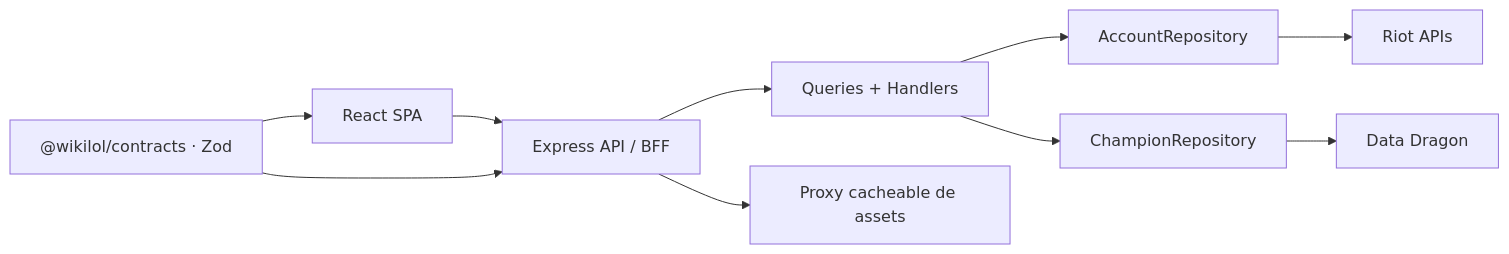
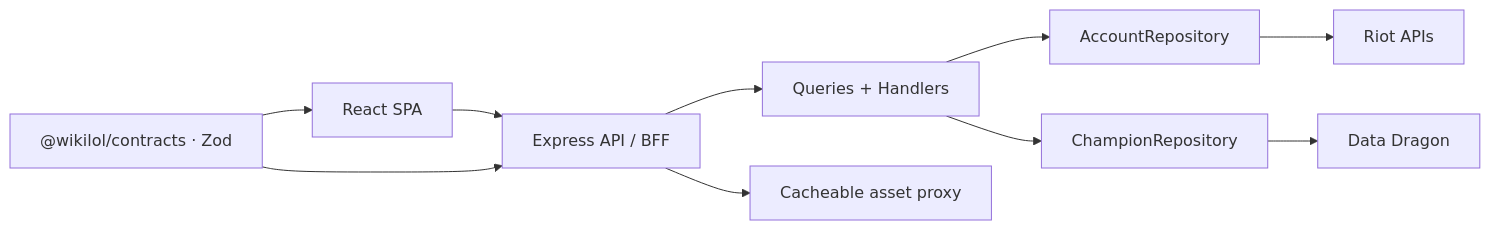
The diagram in README.md (kevin0018/wikiLoL), drawn with Mermaid before and after one commit. The commit also changed other lines of this file and 1 other file, not shown here.

````diff
--- a/README.md
+++ b/README.md
@@ -24,12 +25,12 @@
 ```mermaid
 flowchart LR
   browser["React SPA"] --> api["Express API / BFF"]
   api --> handlers["Queries + Handlers"]
   handlers --> account["AccountRepository"]
   handlers --> champions["ChampionRepository"]
   account --> riot["Riot APIs"]
   champions --> dragon["Data Dragon"]
-  api --> assets["Proxy cacheable de assets"]
+  api --> assets["Cacheable asset proxy"]
   contracts["@wikilol/contracts · Zod"] --> browser
   contracts --> api
 ```
````
